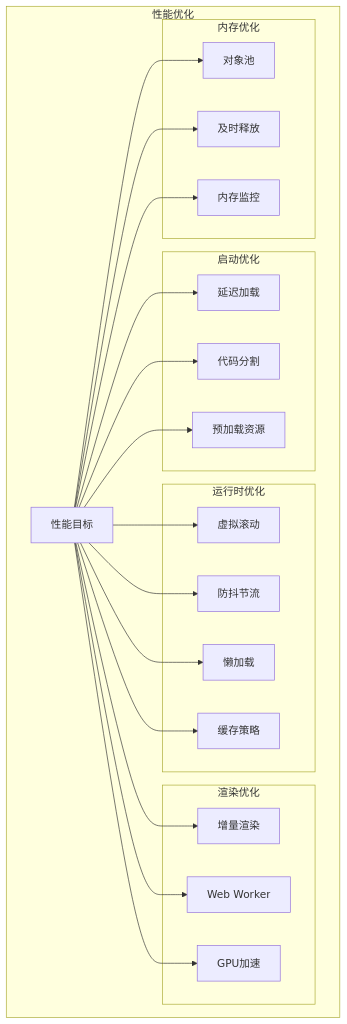
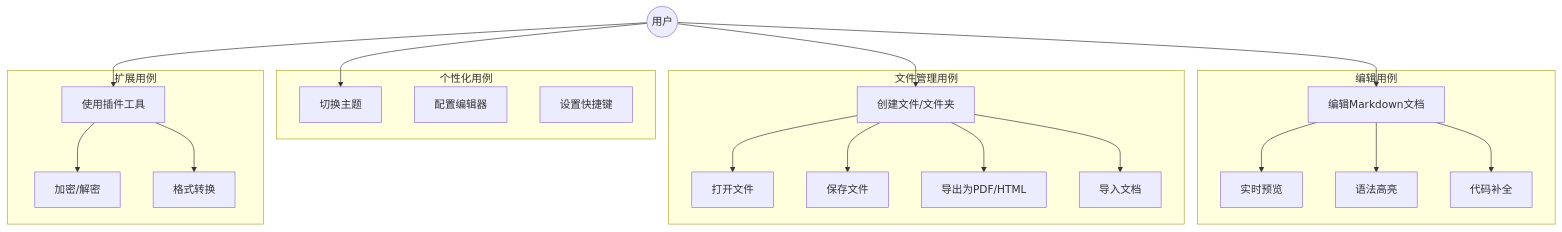
Before and after one commit to hemy08/BaiZeNotesByVue: diagram 11 of 34 in doc/架构文档.md, drawn with Mermaid. The commit also changed other lines of this file and 41 other files, not shown here.

````diff
--- a/doc/架构文档.md
+++ b/doc/架构文档.md
@@ -763,48 +451,48 @@
 ```mermaid
 graph TB
-    subgraph "性能优化"
-        A[性能目标]
-
-        subgraph "启动优化"
-            B1[延迟加载]
-            B2[代码分割]
-            B3[预加载资源]
-        end
-
-        subgraph "运行时优化"
-            C1[虚拟滚动]
-            C2[防抖节流]
-            C3[懒加载]
-            C4[缓存策略]
-        end
-
-        subgraph "渲染优化"
-            D1[增量渲染]
-            D2[Web Worker]
-            D3[GPU加速]
-        end
-
-        subgraph "内存优化"
-            E1[对象池]
-            E2[及时释放]
-            E3[内存监控]
-        end
+    USER((用户))
+    
+    subgraph 编辑用例
+        UC1[编辑Markdown文档]
+        UC2[实时预览]
+        UC3[语法高亮]
+        UC4[代码补全]
     end
-
-    A --> B1
-    A --> B2
-    A --> B3
-
-    A --> C1
-    A --> C2
-    A --> C3
-    A --> C4
-
-    A --> D1
-    A --> D2
-    A --> D3
-
-    A --> E1
-    A --> E2
-    A --> E3
+    
+    subgraph 文件管理用例
+        UC5[创建文件/文件夹]
+        UC6[打开文件]
+        UC7[保存文件]
+        UC8[导出为PDF/HTML]
+        UC9[导入文档]
+    end
+    
+    subgraph 个性化用例
+        UC10[切换主题]
+        UC11[配置编辑器]
+        UC12[设置快捷键]
+    end
+    
+    subgraph 扩展用例
+        UC13[使用插件工具]
+        UC14[加密/解密]
+        UC15[格式转换]
+    end
+    
+    USER --> UC1
+    USER --> UC5
+    USER --> UC10
+    USER --> UC13
+    
+    UC1 --> UC2
+    UC1 --> UC3
+    UC1 --> UC4
+    
+    UC5 --> UC6
+    UC5 --> UC7
+    UC5 --> UC8
+    UC5 --> UC9
+    
+    UC13 --> UC14
+    UC13 --> UC15
 ```
````
